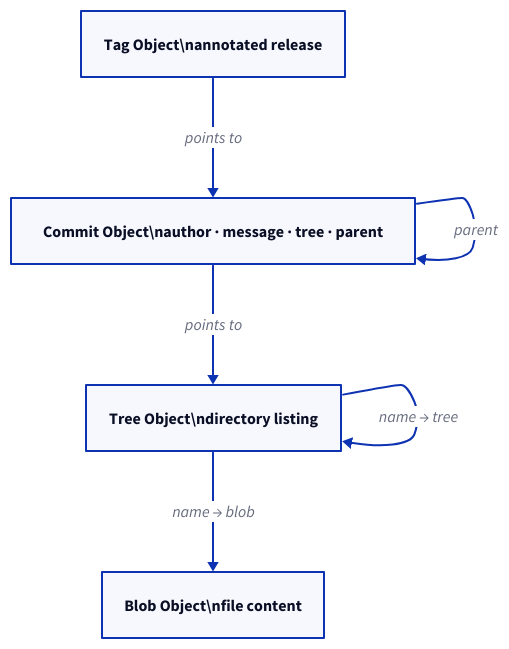
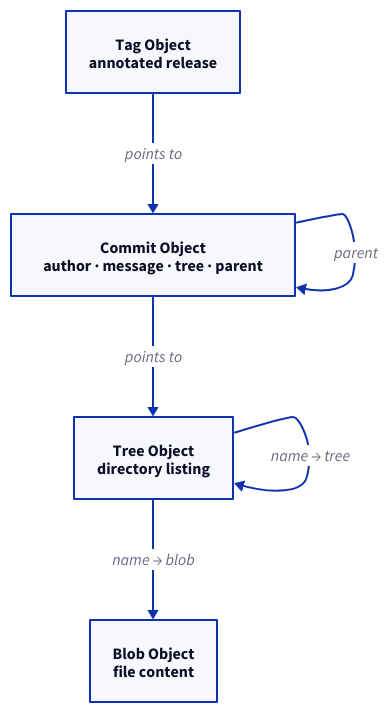
Before and after one commit to rebash-rebash/rebash-academy: the diagram in docs/git/understanding-the-git-object-model.md, drawn with D2. The commit also changed 177 other files, not shown here.

First line of the commit message:
Ship Terraform track, diagram polish, and new brand favicon.

````diff
--- a/docs/git/understanding-the-git-object-model.md
+++ b/docs/git/understanding-the-git-object-model.md
@@ -49,13 +49,13 @@
 ```d2
 direction: down
 
-COMMIT: "Commit Object\\nauthor · message · tree · parent"
-    TREE: "Tree Object\\ndirectory listing"
-    BLOB: "Blob Object\\nfile content"
-    TAG: "Tag Object\\nannotated release"
+COMMIT: "Commit Object\nauthor · message · tree · parent"
+    TREE: "Tree Object\ndirectory listing"
+    BLOB: "Blob Object\nfile content"
+    TAG: "Tag Object\nannotated release"
     COMMIT -> TREE: "points to"
     TREE -> BLOB: "name → blob"
     TREE -> TREE: "name → tree"
     TAG -> COMMIT: "points to"
     COMMIT -> COMMIT: parent
 ```
````
